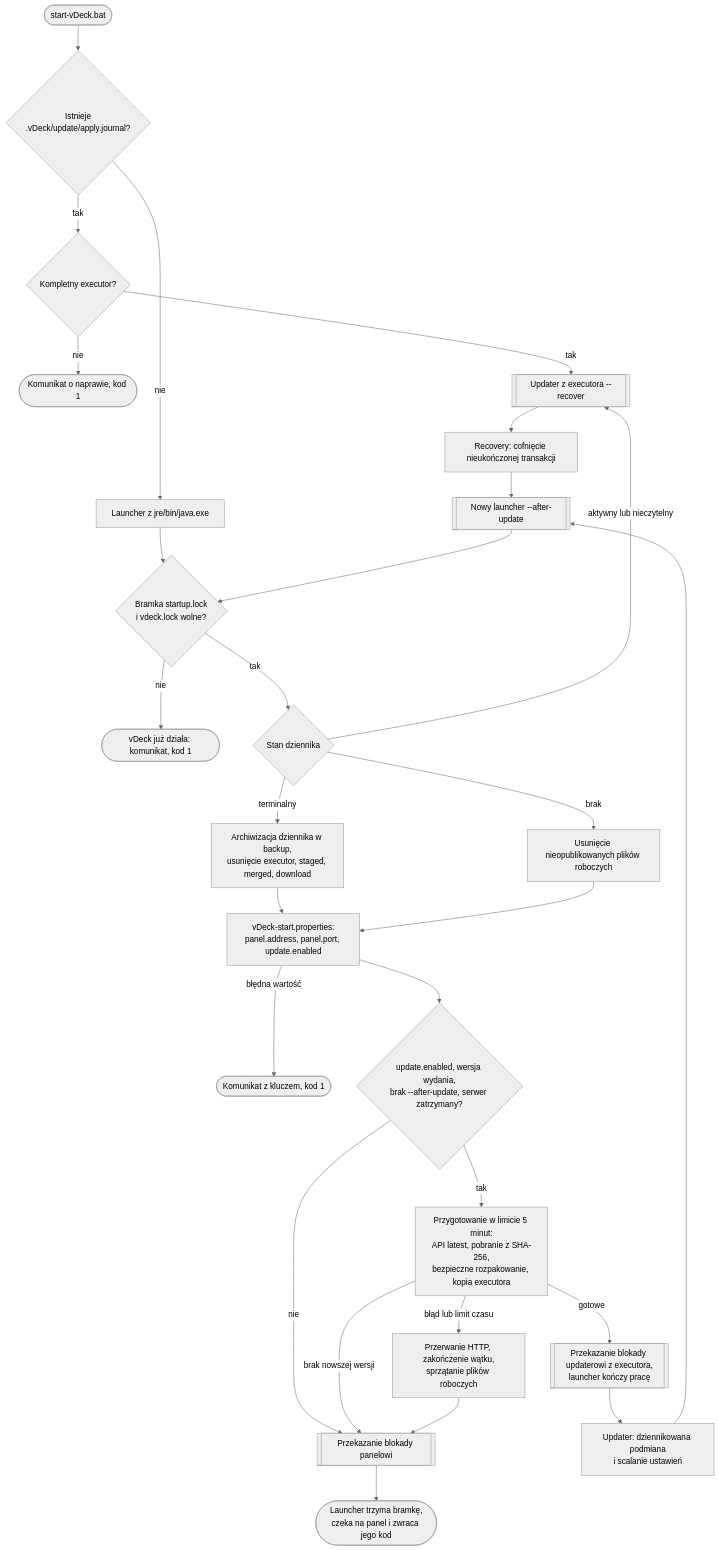
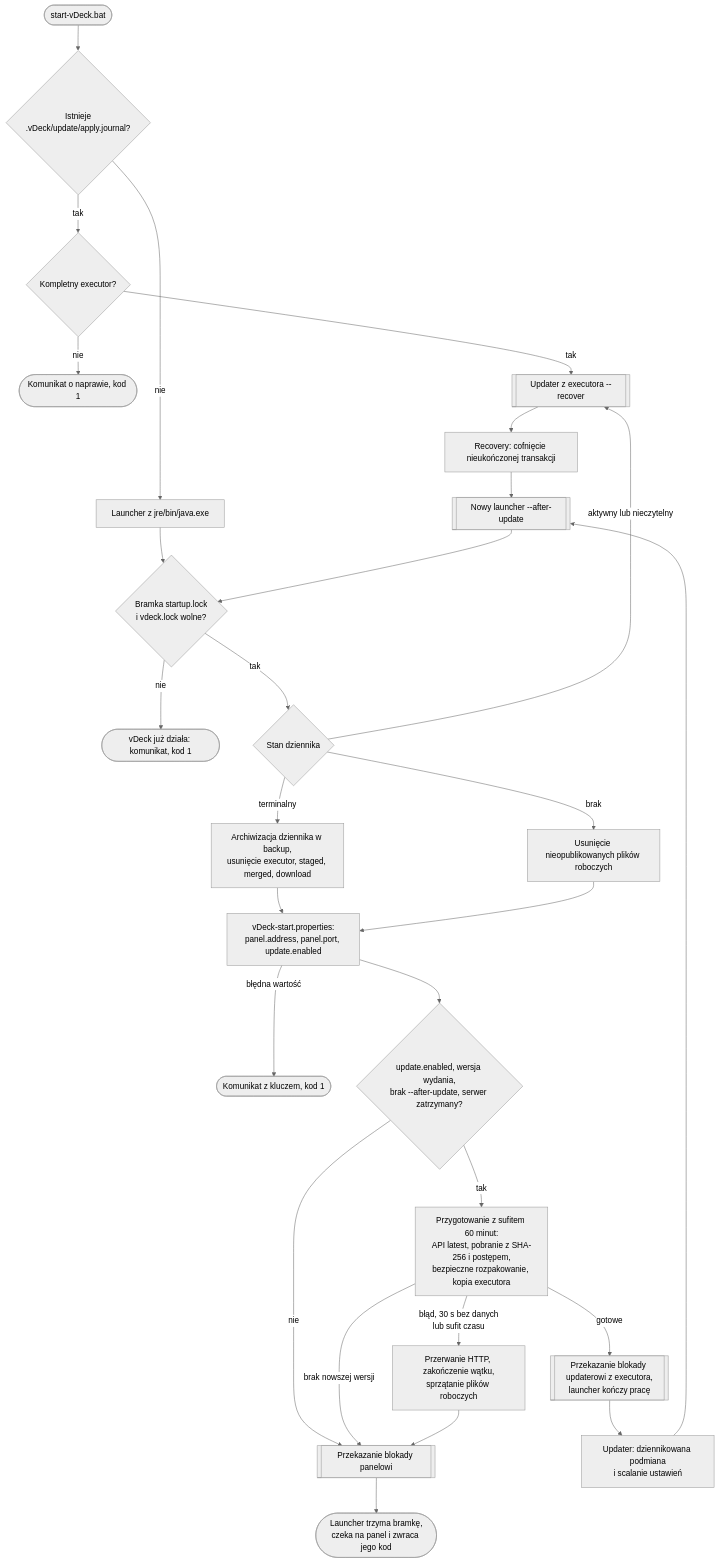
Before and after one commit to Pplociennik/vDeck: the diagram in dokumentacja/diagramy/wspolne/przeplyw-start-i-aktualizacja.mmd, drawn with Mermaid (neutral theme). The commit also changed 20 other files, not shown here.

```diff
--- a/dokumentacja/diagramy/wspolne/przeplyw-start-i-aktualizacja.mmd
+++ b/dokumentacja/diagramy/wspolne/przeplyw-start-i-aktualizacja.mmd
@@ -1,29 +1,29 @@
 %% Diagram przepływu: start vDeck przez launcher i automatyczna aktualizacja
 flowchart TD
     bat([start-vDeck.bat]) --> journal{Istnieje<br/>.vDeck/update/apply.journal?}
     journal -- tak --> exec{Kompletny executor?}
     exec -- nie --> repair([Komunikat o naprawie, kod 1])
     exec -- tak --> recover[[Updater z executora --recover]]
     journal -- nie --> launcher[Launcher z jre/bin/java.exe]
     launcher --> owner{Bramka startup.lock<br/>i vdeck.lock wolne?}
     owner -- nie --> busy([vDeck już działa: komunikat, kod 1])
     owner -- tak --> status{Stan dziennika}
     status -- aktywny lub nieczytelny --> recover
     status -- terminalny --> archive[Archiwizacja dziennika w backup,<br/>usunięcie executor, staged, merged, download]
     status -- brak --> discard[Usunięcie nieopublikowanych plików roboczych]
     archive --> settings
     discard --> settings[vDeck-start.properties:<br/>panel.address, panel.port, update.enabled]
     settings -- błędna wartość --> invalid([Komunikat z kluczem, kod 1])
     settings --> check{update.enabled, wersja wydania,<br/>brak --after-update, serwer zatrzymany?}
     check -- nie --> panel
-    check -- tak --> prepare[Przygotowanie w limicie 5 minut:<br/>API latest, pobranie z SHA-256,<br/>bezpieczne rozpakowanie, kopia executora]
+    check -- tak --> prepare[Przygotowanie z sufitem 60 minut:<br/>API latest, pobranie z SHA-256 i postępem,<br/>bezpieczne rozpakowanie, kopia executora]
     prepare -- brak nowszej wersji --> panel
-    prepare -- błąd lub limit czasu --> fallback[Przerwanie HTTP, zakończenie wątku,<br/>sprzątanie plików roboczych]
+    prepare -- błąd, 30 s bez danych<br/>lub sufit czasu --> fallback[Przerwanie HTTP, zakończenie wątku,<br/>sprzątanie plików roboczych]
     fallback --> panel
     prepare -- gotowe --> updater[[Przekazanie blokady updaterowi z executora,<br/>launcher kończy pracę]]
     updater --> apply[Updater: dziennikowana podmiana<br/>i scalanie ustawień]
     recover --> rollback[Recovery: cofnięcie nieukończonej transakcji]
     apply --> after[[Nowy launcher --after-update]]
     rollback --> after
     after --> owner
     panel[[Przekazanie blokady panelowi]] --> wait([Launcher trzyma bramkę,<br/>czeka na panel i zwraca jego kod])
```
